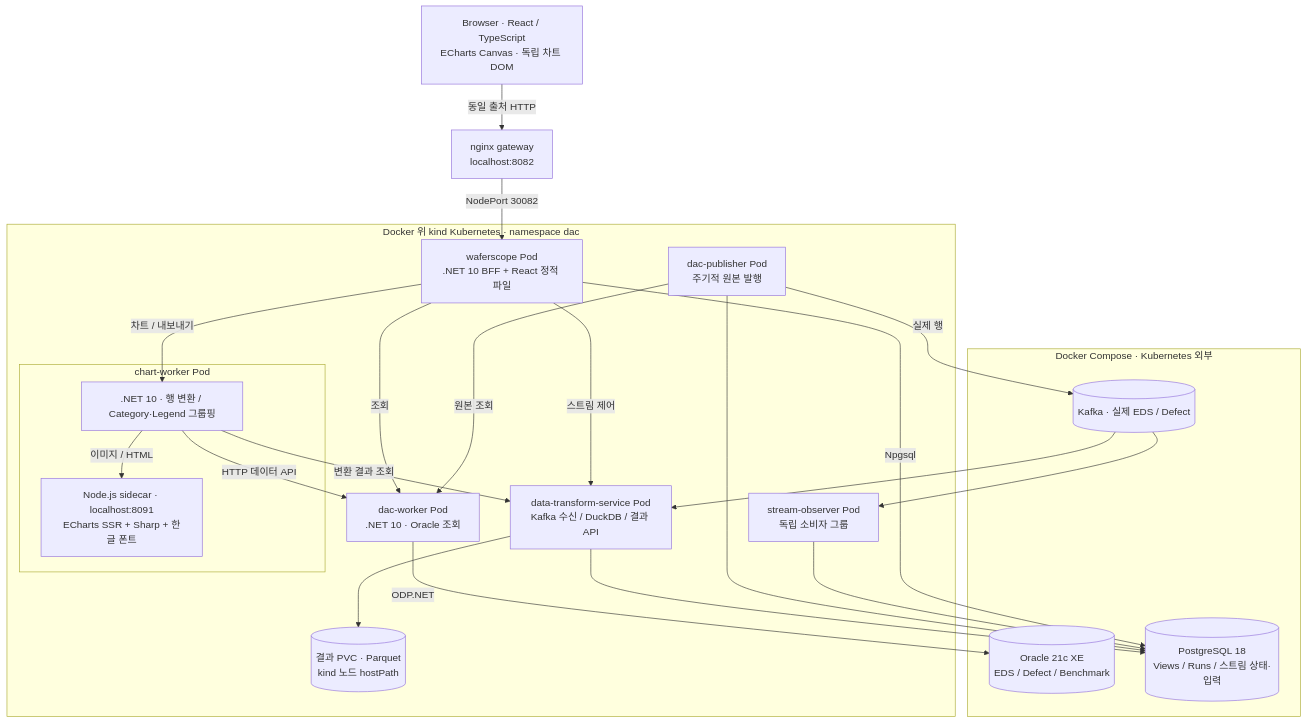
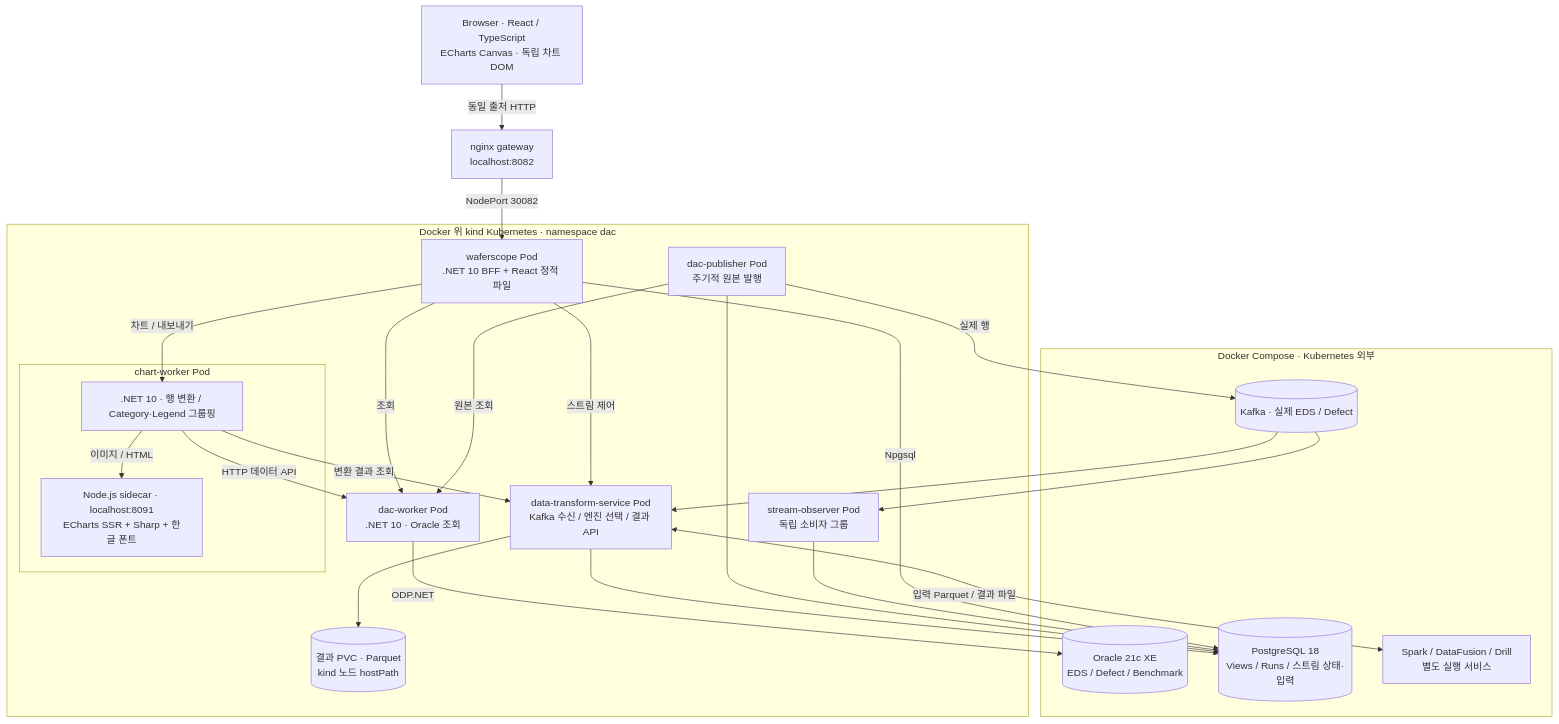
Before and after one commit to amuro33/dac-duckdb: the diagram in docs/diagrams/deployment.mmd, drawn with Mermaid. The commit also changed 46 other files, not shown here.

First line of the commit message:
Add selectable Spark, DataFusion and Drill analytics engines

```diff
--- a/docs/diagrams/deployment.mmd
+++ b/docs/diagrams/deployment.mmd
@@ -1,38 +1,40 @@
 flowchart TB
   browser["Browser · React / TypeScript<br/>ECharts Canvas · 독립 차트 DOM"]
   gateway["nginx gateway<br/>localhost:8082"]
   subgraph cluster["Docker 위 kind Kubernetes · namespace dac"]
     portal["waferscope Pod<br/>.NET 10 BFF + React 정적 파일"]
     dac["dac-worker Pod<br/>.NET 10 · Oracle 조회"]
-    transform["data-transform-service Pod<br/>Kafka 수신 / DuckDB / 결과 API"]
+    transform["data-transform-service Pod<br/>Kafka 수신 / 엔진 선택 / 결과 API"]
     publisher["dac-publisher Pod<br/>주기적 원본 발행"]
     result[("결과 PVC · Parquet<br/>kind 노드 hostPath")]
     observer["stream-observer Pod<br/>독립 소비자 그룹"]
     subgraph chartpod["chart-worker Pod"]
       chart[".NET 10 · 행 변환 / Category·Legend 그룹핑"]
       renderer["Node.js sidecar · localhost:8091<br/>ECharts SSR + Sharp + 한글 폰트"]
     end
   end
   subgraph databases["Docker Compose · Kubernetes 외부"]
     oracle[("Oracle 21c XE<br/>EDS / Defect / Benchmark")]
     postgres[("PostgreSQL 18<br/>Views / Runs / 스트림 상태·입력")]
     kafka[("Kafka · 실제 EDS / Defect")]
+    engines["Spark / DataFusion / Drill<br/>별도 실행 서비스"]
   end
   browser -->|"동일 출처 HTTP"| gateway
   gateway -->|"NodePort 30082"| portal
   portal -->|"조회"| dac
   portal -->|"스트림 제어"| transform
   publisher -->|"원본 조회"| dac
   publisher -->|"실제 행"| kafka
+  transform <-->|"입력 Parquet / 결과 파일"| engines
   kafka --> transform
   kafka --> observer
   transform --> postgres
   transform --> result
   publisher --> postgres
   observer --> postgres
   chart -->|"변환 결과 조회"| transform
   portal -->|"차트 / 내보내기"| chart
   chart -->|"HTTP 데이터 API"| dac
   chart -->|"이미지 / HTML"| renderer
   dac -->|"ODP.NET"| oracle
   portal -->|"Npgsql"| postgres
```
